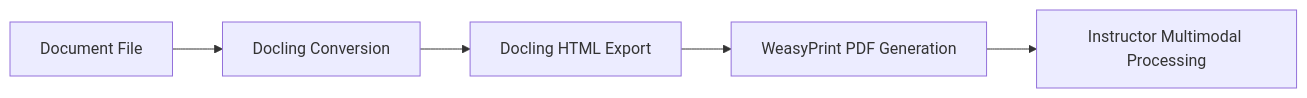
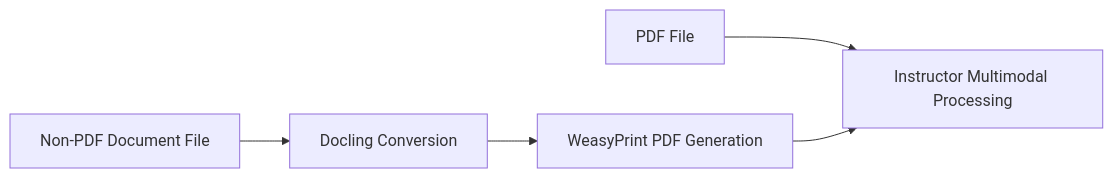
One commit to Blacksuan19/structx changed the second of 2 diagrams in docs/guides/unstructured-text.md. Above: the diagram before and after it, drawn with Mermaid. The commit also changed other lines of this file and 6 other files, not shown here.

First line of the commit message:
refactor(docs): move document processing behind optional docs extra

````diff
--- a/docs/guides/unstructured-text.md
+++ b/docs/guides/unstructured-text.md
@@ -232,7 +239,7 @@
 ```mermaid
 graph LR
-    A[Document File] --> B[Docling Conversion]
-    B --> C[Docling HTML Export]
+    A[PDF File] --> E[Instructor Multimodal Processing]
+    B[Non-PDF Document File] --> C[Docling Conversion]
     C --> D[WeasyPrint PDF Generation]
-    D --> E[Instructor Multimodal Processing]
+    D --> E
 ```
````
